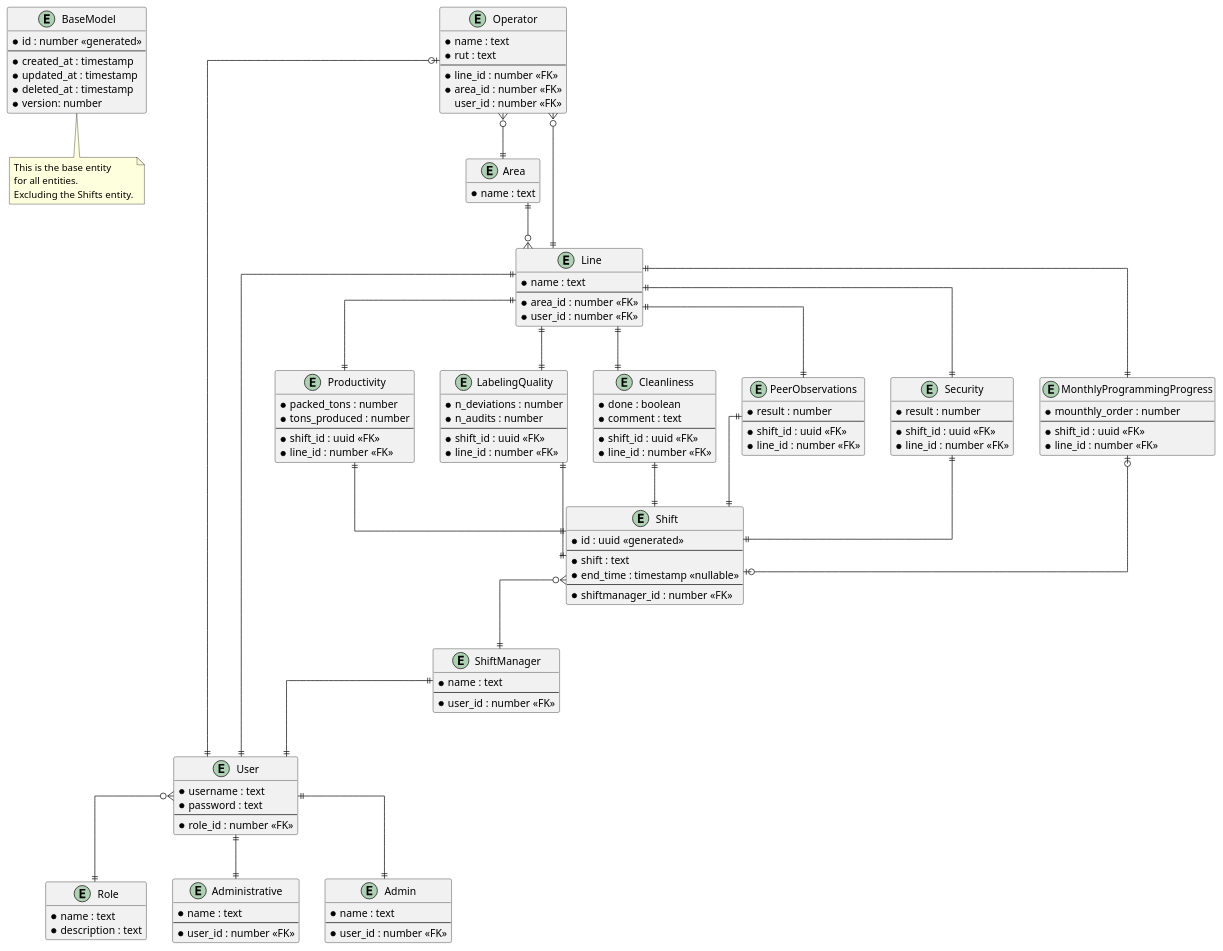
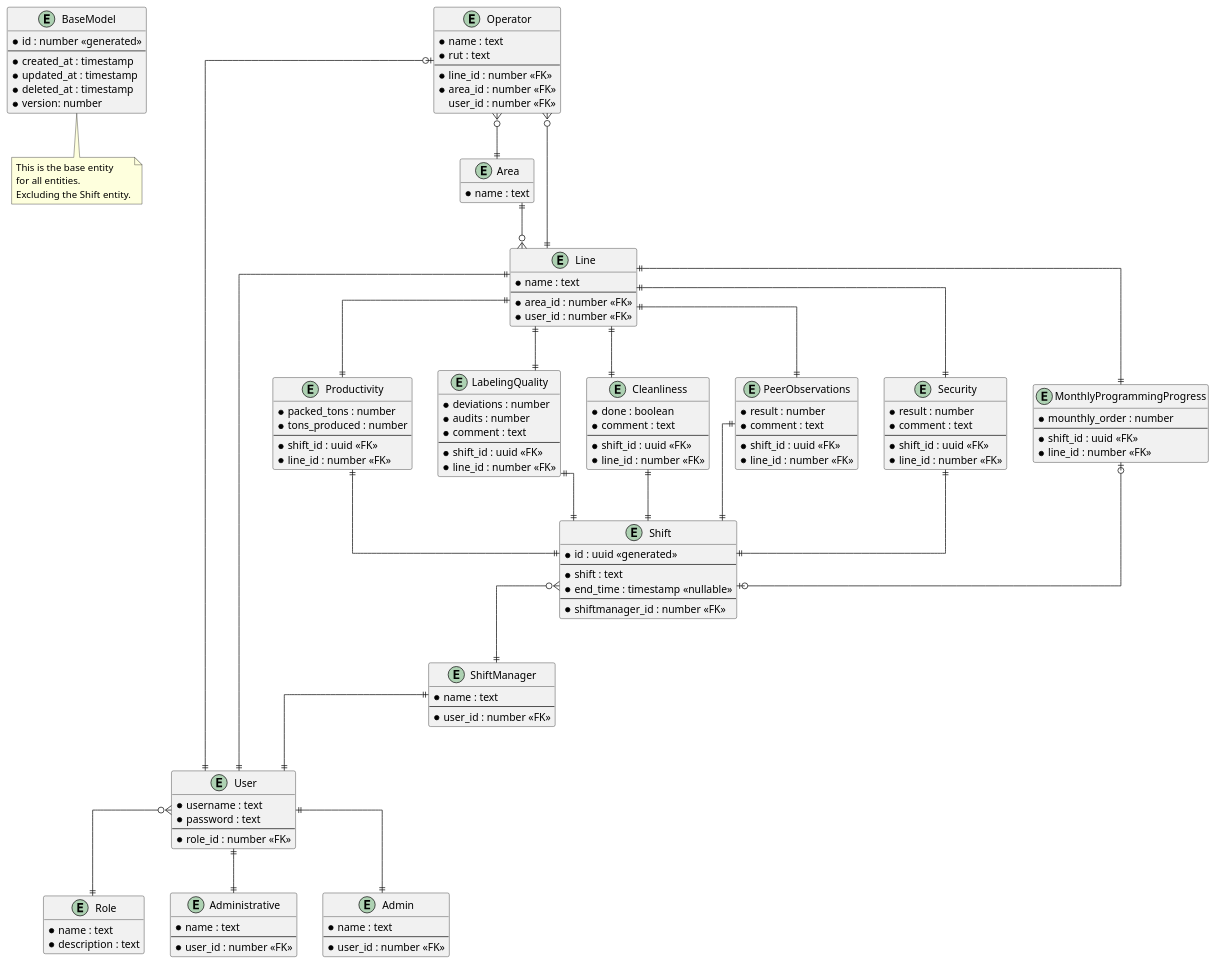
Before and after one commit to BastiancitosJr/new-laravel-api: the diagram in docs/ER.puml, drawn with PlantUML.

Commit message:
fix: minor typo fixes in ER model

```diff
--- a/docs/ER.puml
+++ b/docs/ER.puml
@@ -1,153 +1,156 @@
 @startuml ER-Diagram
 hide empty methods
 skinparam linetype ortho
 
 
 entity BaseModel {
     * id : number <<generated>>
     --
     * created_at : timestamp
     * updated_at : timestamp
     * deleted_at : timestamp
     * version: number
 }
 
 entity Role {
     * name : text
     * description : text
 }
 
 entity User {
     * username : text
     * password : text
     --
     * role_id : number <<FK>>
 }
 
 entity Administrative {
     * name : text
     --
     * user_id : number <<FK>>
 }
 
 entity Admin {
     * name : text
     --
     * user_id : number <<FK>>
 }
 
 entity ShiftManager {
     * name : text
     --
     * user_id : number <<FK>>
 }
 
 
 entity Area {
     * name : text
 }
 
 entity Line {
     * name : text
     --
     * area_id : number <<FK>>
     * user_id : number <<FK>>
 }
 
 entity Operator {
     * name : text
     * rut : text
     --
     * line_id : number <<FK>>
     * area_id : number <<FK>>
     user_id : number <<FK>>
 }
 
 entity Productivity {
     * packed_tons : number
     * tons_produced : number
     --
     * shift_id : uuid <<FK>>
     * line_id : number <<FK>>
 }
 
 entity LabelingQuality {
-    * n_deviations : number
-    * n_audits : number
+    * deviations : number
+    * audits : number
+    * comment : text
     --
     * shift_id : uuid <<FK>>
     * line_id : number <<FK>>
 }
 
 entity Cleanliness {
     * done : boolean
     * comment : text
     --
     * shift_id : uuid <<FK>>
     * line_id : number <<FK>>
 }
 
 entity PeerObservations {
     * result : number
+    * comment : text
     --
     * shift_id : uuid <<FK>>
     * line_id : number <<FK>>
 }
 
 entity Security {
     * result : number
+    * comment : text
     --
     * shift_id : uuid <<FK>>
     * line_id : number <<FK>>
 }
 
 entity MonthlyProgrammingProgress {
     * mounthly_order : number
     --
     * shift_id : uuid <<FK>>
     * line_id : number <<FK>>
 }
 
 entity Shift{
     * id : uuid <<generated>>
     --
     * shift : text
     * end_time : timestamp <<nullable>>
     --
     * shiftmanager_id : number <<FK>>
 }
 
 note bottom of BaseModel
     This is the base entity
     for all entities.
-    Excluding the Shifts entity.
+    Excluding the Shift entity.
 end note
 
 Line ||--|| User
 User ||--|| Administrative
 User ||--|| Admin
 ShiftManager ||--|| User
 Operator |o--|| User
 User }o--|| Role
 Operator }o--|| Line
 Operator }o--|| Area
 Area ||--o{ Line
 
 Shift }o--|| ShiftManager
 
 Productivity ||--|| Shift
 LabelingQuality ||--|| Shift
 Cleanliness ||--|| Shift
 PeerObservations ||--|| Shift
 Security ||--|| Shift
 MonthlyProgrammingProgress |o--o| Shift
 
 Line ||--|| Productivity
 Line ||--|| LabelingQuality
 Line ||--|| Cleanliness
 Line ||--|| PeerObservations
 Line ||--|| Security
 Line ||--|| MonthlyProgrammingProgress
 
 
 @enduml
```
